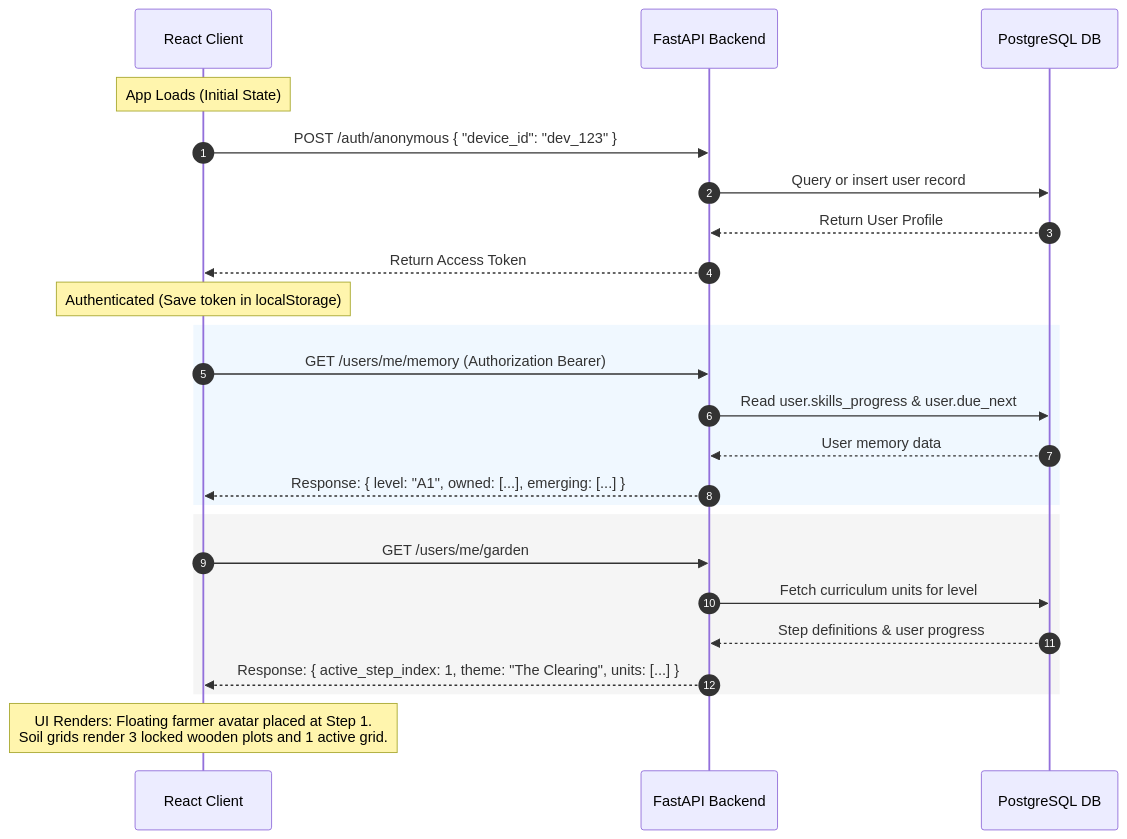
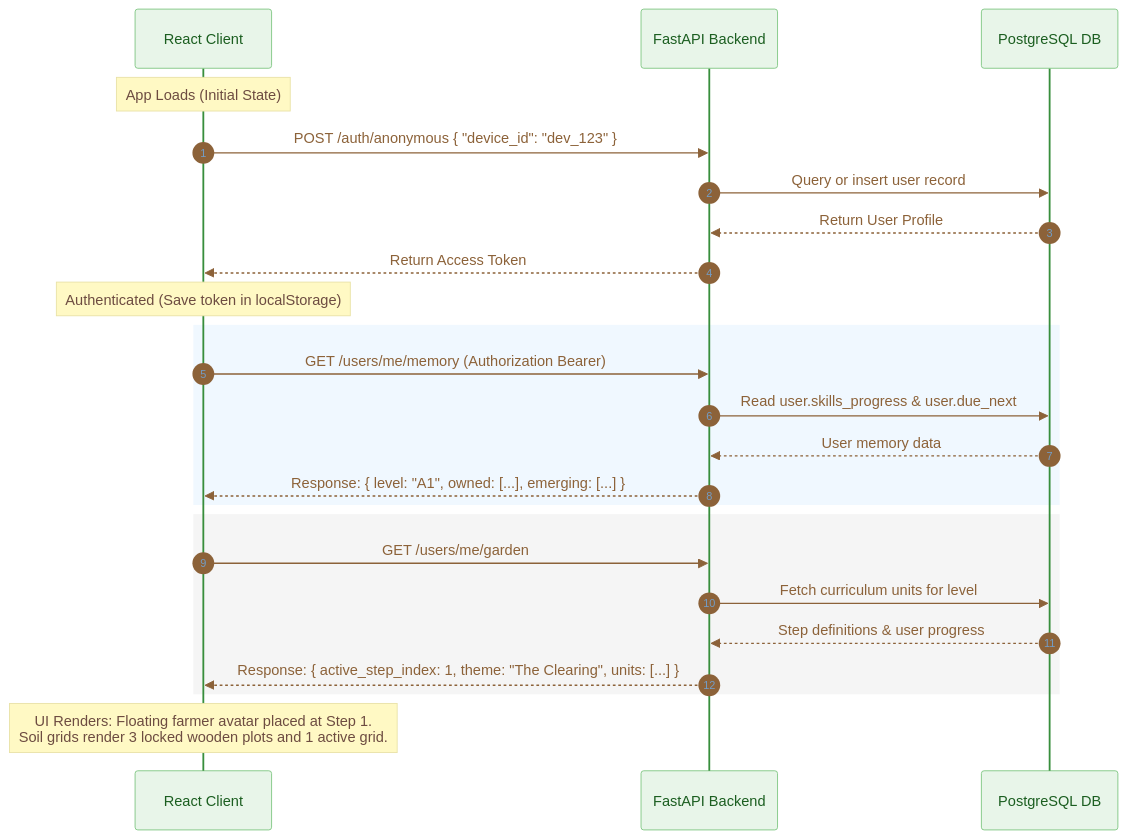
Before and after one commit to anshika410/English_learning_flutter_app: the second of 4 diagrams in docs/mintlify-src/system-architecture.mdx, drawn with Mermaid. The commit also changed other lines of this file and 17 other files, not shown here.

Commit message:
docs: remove flow simulator, update route links, and rebuild docs export

````diff
--- a/docs/mintlify-src/system-architecture.mdx
+++ b/docs/mintlify-src/system-architecture.mdx
@@ -60,30 +71,53 @@
 ```mermaid
+%%{init: {
+  'theme': 'base',
+  'themeVariables': {
+    'primaryColor': '#E8F5E9',
+    'primaryTextColor': '#1B5E20',
+    'primaryBorderColor': '#A5D6A7',
+    'lineColor': '#8C6239',
+    'secondaryColor': '#F5F5F5',
+    'tertiaryColor': '#FAF8F5',
+    'noteBkgColor': '#FFF9C4',
+    'noteTextColor': '#6D4C41',
+    'actorBkg': '#E8F5E9',
+    'actorBorder': '#81C784',
+    'actorTextColor': '#1B5E20',
+    'actorLineColor': '#388E3C',
+    'signalColor': '#8C6239',
+    'signalTextColor': '#8C6239',
+    'labelBoxBkgColor': '#FAF8F5',
+    'labelBoxBorderColor': '#A5D6A7',
+    'labelTextTextColor': '#1B5E20',
+    'loopTextColor': '#1B5E20'
+  }
+}}%%
 sequenceDiagram
     autonumber
     participant Client as React Client
     participant API as FastAPI Backend
     participant DB as PostgreSQL DB
 
     Note over Client: App Loads (Initial State)
     Client->>API: POST /auth/anonymous { "device_id": "dev_123" }
     API->>DB: Query or insert user record
     DB-->>API: Return User Profile
     API-->>Client: Return Access Token
 
     Note over Client: Authenticated (Save token in localStorage)
     rect rgb(240, 248, 255)
         Client->>API: GET /users/me/memory (Authorization Bearer)
         API->>DB: Read user.skills_progress & user.due_next
         DB-->>API: User memory data
         API-->>Client: Response: { level: "A1", owned: [...], emerging: [...] }
     end
 
     rect rgb(245, 245, 245)
         Client->>API: GET /users/me/garden
         API->>DB: Fetch curriculum units for level
         DB-->>API: Step definitions & user progress
         API-->>Client: Response: { active_step_index: 1, theme: "The Clearing", units: [...] }
     end
 
     Note over Client: UI Renders: Floating farmer avatar placed at Step 1.<br/>Soil grids render 3 locked wooden plots and 1 active grid.
 ```
````
